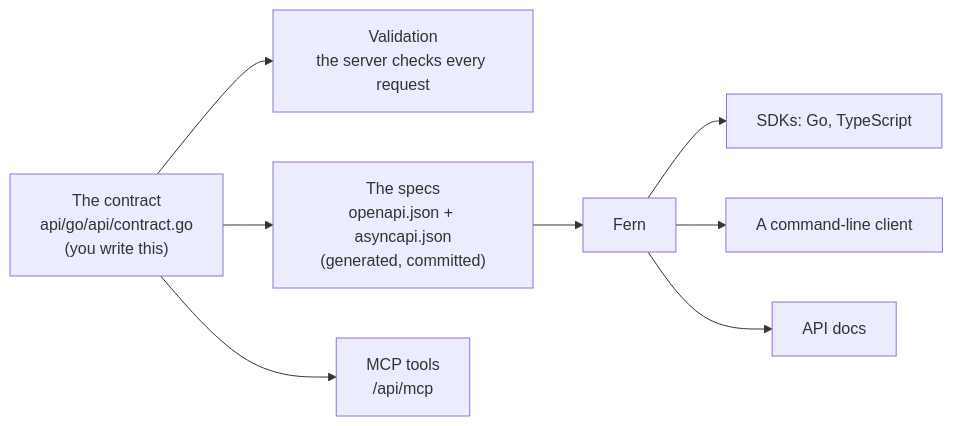
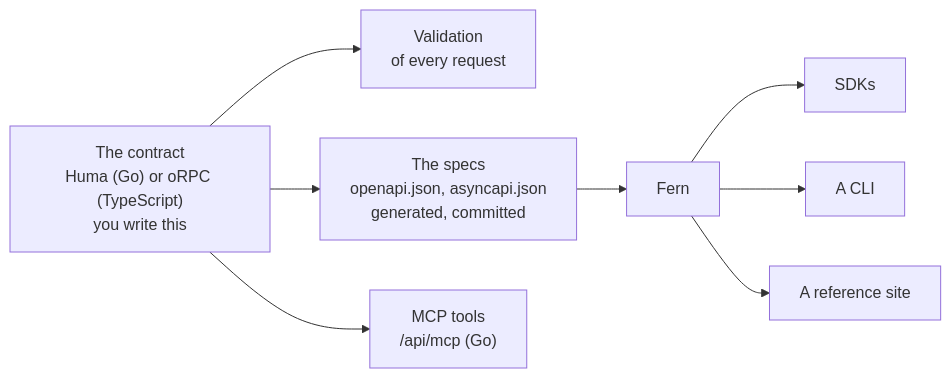
The diagram in docs/concepts/contract-first.md (joeblew999/charter), drawn with Mermaid before and after one commit. The commit also changed other lines of this file and 2 other files, not shown here.

Commit message:
docs: the concepts: contract first, Huma on Cloudflare Workers

````diff
--- a/docs/concepts/contract-first.md
+++ b/docs/concepts/contract-first.md
@@ -15,11 +15,11 @@
 ```mermaid
 flowchart LR
-    C["The contract<br/>api/go/api/contract.go<br/>(you write this)"]
-    C --> V["Validation<br/>the server checks every request"]
-    C --> S["The specs<br/>openapi.json + asyncapi.json<br/>(generated, committed)"]
-    C --> M["MCP tools<br/>/api/mcp"]
+    C["The contract<br/>Huma (Go) or oRPC (TypeScript)<br/>you write this"]
+    C --> V["Validation<br/>of every request"]
+    C --> S["The specs<br/>openapi.json, asyncapi.json<br/>generated, committed"]
+    C --> M["MCP tools<br/>/api/mcp (Go)"]
     S --> F["Fern"]
-    F --> K["SDKs: Go, TypeScript"]
-    F --> L["A command-line client"]
-    F --> D["API docs"]
+    F --> K["SDKs"]
+    F --> L["A CLI"]
+    F --> D["A reference site"]
 ```
````
